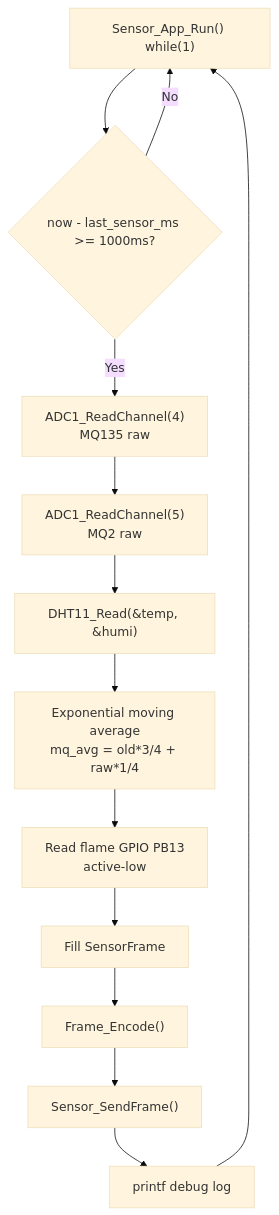
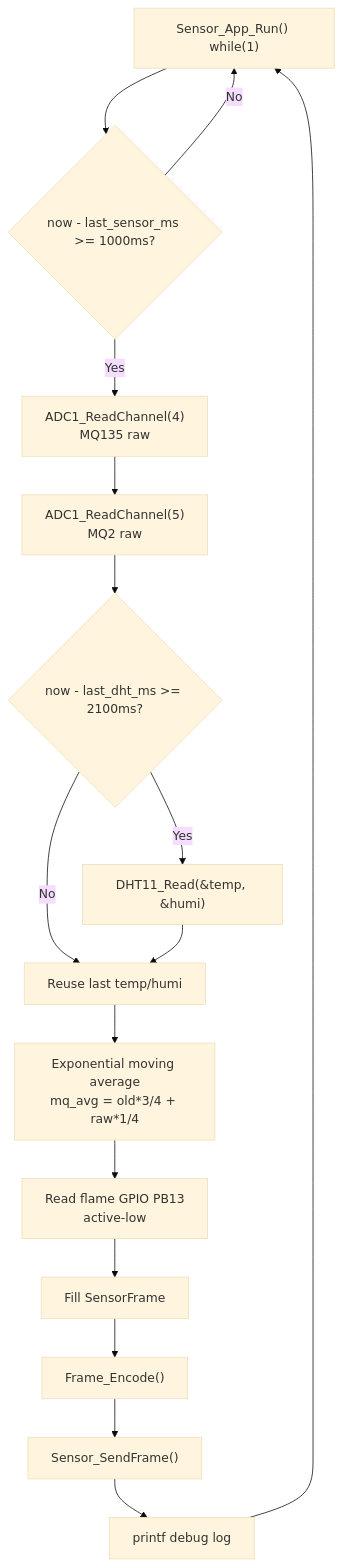
Before and after one commit to Cusnd/dual-stm32-safety-monitor: the fourth of 14 diagrams in docs/FUNCTION_DESIGN_WALKTHROUGH.zh-CN.md, drawn with Mermaid (base theme). The commit also changed other lines of this file and 13 other files, not shown here.

````diff
--- a/docs/FUNCTION_DESIGN_WALKTHROUGH.zh-CN.md
+++ b/docs/FUNCTION_DESIGN_WALKTHROUGH.zh-CN.md
@@ -107,15 +107,18 @@
 ```mermaid
 flowchart TD
   L["Sensor_App_Run() while(1)"] --> T{"now - last_sensor_ms >= 1000ms?"}
   T -->|"No"| L
   T -->|"Yes"| A["ADC1_ReadChannel(4)\nMQ135 raw"]
   A --> B["ADC1_ReadChannel(5)\nMQ2 raw"]
-  B --> C["DHT11_Read(&temp, &humi)"]
-  C --> D["Exponential moving average\nmq_avg = old*3/4 + raw*1/4"]
-  D --> E["Read flame GPIO PB13\nactive-low"]
-  E --> F["Fill SensorFrame"]
-  F --> G["Frame_Encode()"]
-  G --> H["Sensor_SendFrame()"]
-  H --> I["printf debug log"]
-  I --> L
+  B --> C{"now - last_dht_ms >= 2100ms?"}
+  C -->|"Yes"| C1["DHT11_Read(&temp, &humi)"]
+  C -->|"No"| D["Reuse last temp/humi"]
+  C1 --> D
+  D --> E["Exponential moving average\nmq_avg = old*3/4 + raw*1/4"]
+  E --> F["Read flame GPIO PB13\nactive-low"]
+  F --> G["Fill SensorFrame"]
+  G --> H["Frame_Encode()"]
+  H --> I["Sensor_SendFrame()"]
+  I --> J["printf debug log"]
+  J --> L
 ```
````
